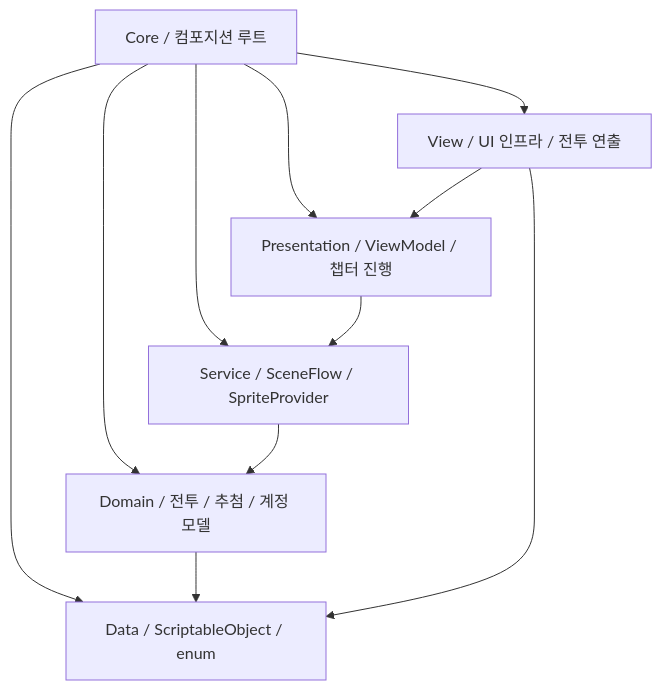
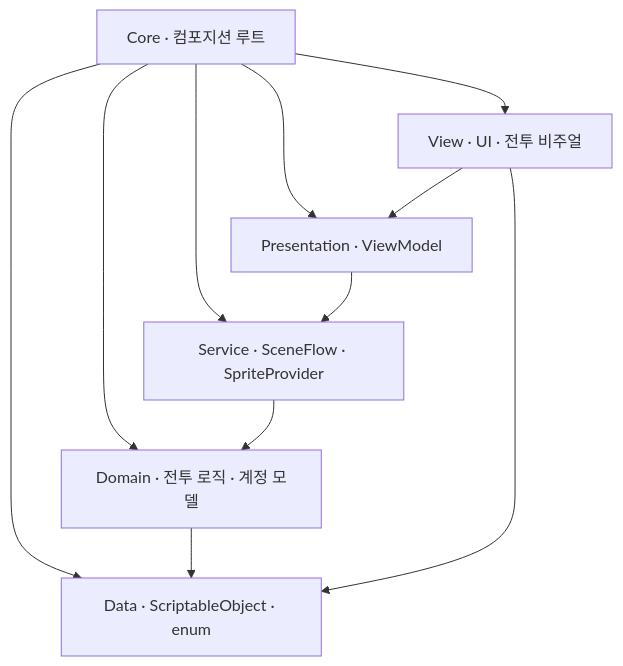
One commit to Gunheui/Project-Eclipse changed the third of 3 diagrams in README.md. Above: the diagram before and after it, drawn with Mermaid. The commit also changed other lines of this file, not shown here.

````diff
--- a/README.md
+++ b/README.md
@@ -47,13 +155,13 @@
 ```mermaid
 flowchart TD
-    Core["Core / 컴포지션 루트"]
-    View["View / UI 인프라 / 전투 연출"]
-    Presentation["Presentation / ViewModel / 챕터 진행"]
-    Service["Service / SceneFlow / SpriteProvider"]
-    Domain["Domain / 전투 / 추첨 / 계정 모델"]
-    Data["Data / ScriptableObject / enum"]
+    Core["Core · 컴포지션 루트"]
+    View["View · UI · 전투 비주얼"]
+    Presentation["Presentation · ViewModel"]
+    Service["Service · SceneFlow · SpriteProvider"]
+    Domain["Domain · 전투 로직 · 계정 모델"]
+    Data["Data · ScriptableObject · enum"]
 
     Core --> View & Presentation & Service & Domain & Data
     View --> Presentation --> Service --> Domain --> Data
     View --> Data
 ```
````
